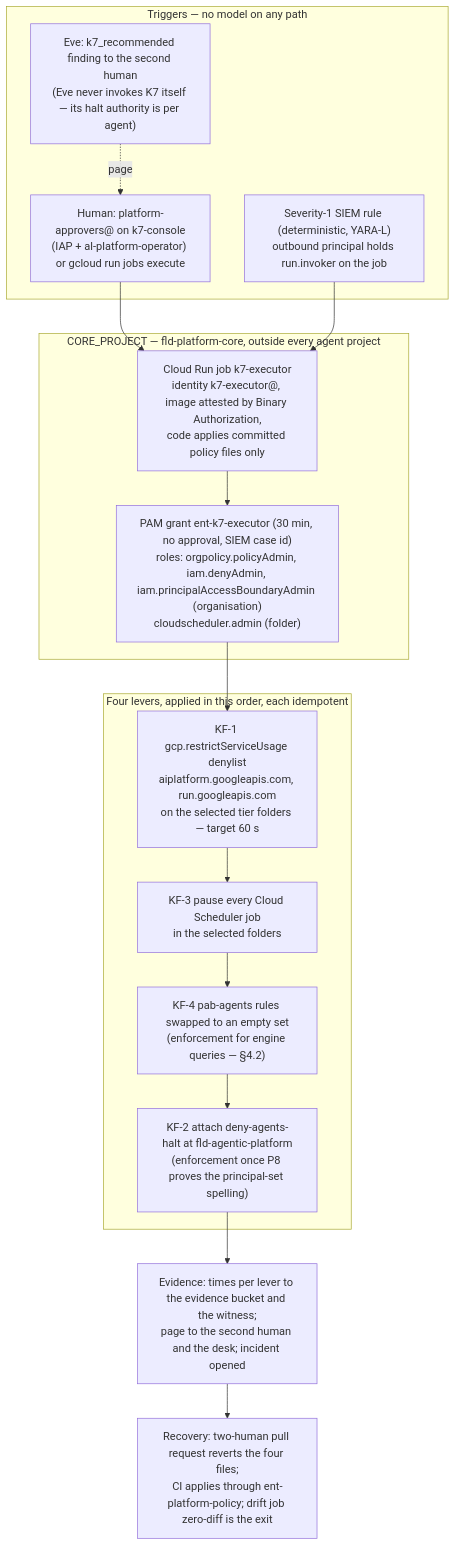
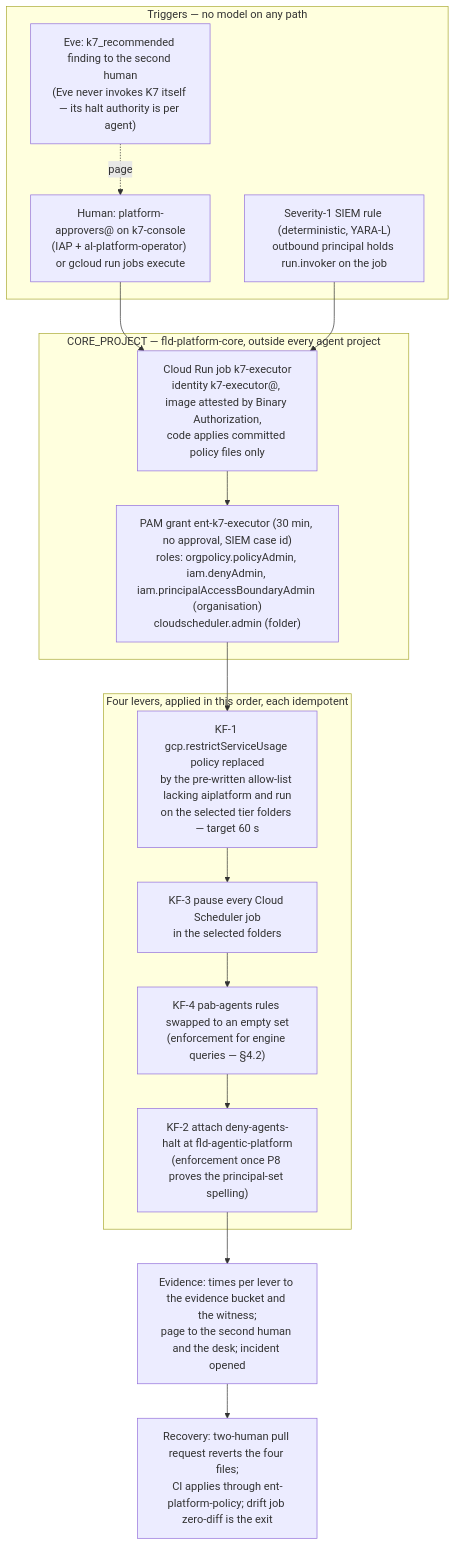
One commit to jsbdfgidsfg/agentic-platform changed the second of 2 diagrams in platform/agentic-platform/04-identity-and-privileged-access.md. Above: the diagram before and after it, drawn with Mermaid. The commit also changed other lines of this file and 12 other files, not shown here.

````diff
--- a/platform/agentic-platform/04-identity-and-privileged-access.md
+++ b/platform/agentic-platform/04-identity-and-privileged-access.md
@@ -644,24 +649,24 @@
 ```mermaid
 flowchart TB
     subgraph TRIG["Triggers — no model on any path"]
         H1["Human: platform-approvers@ on k7-console<br/>(IAP + al-platform-operator) or gcloud run jobs execute"]
         S1["Severity-1 SIEM rule (deterministic, YARA-L)<br/>outbound principal holds run.invoker on the job"]
         E1["Eve: k7_recommended finding to the second human<br/>(Eve never invokes K7 itself — its halt authority is per agent)"]
     end
     subgraph CORE["CORE_PROJECT — fld-platform-core, outside every agent project"]
         J["Cloud Run job k7-executor<br/>identity k7-executor@, image attested by Binary Authorization,<br/>code applies committed policy files only"]
         PAM["PAM grant ent-k7-executor (30 min, no approval, SIEM case id)<br/>roles: orgpolicy.policyAdmin, iam.denyAdmin, iam.principalAccessBoundaryAdmin (organisation)<br/>cloudscheduler.admin (folder)"]
     end
     subgraph LEVERS["Four levers, applied in this order, each idempotent"]
-        KF1["KF-1 gcp.restrictServiceUsage denylist<br/>aiplatform.googleapis.com, run.googleapis.com<br/>on the selected tier folders — target 60 s"]
+        KF1["KF-1 gcp.restrictServiceUsage policy replaced<br/>by the pre-written allow-list lacking aiplatform and run<br/>on the selected tier folders — target 60 s"]
         KF3["KF-3 pause every Cloud Scheduler job<br/>in the selected folders"]
         KF4["KF-4 pab-agents rules swapped to an empty set<br/>(enforcement for engine queries — §4.2)"]
         KF2["KF-2 attach deny-agents-halt at fld-agentic-platform<br/>(enforcement once P8 proves the principal-set spelling)"]
     end
     H1 --> J
     S1 --> J
     E1 -. "page" .-> H1
     J --> PAM --> KF1 --> KF3 --> KF4 --> KF2
     KF2 --> EV["Evidence: times per lever to the evidence bucket and the witness;<br/>page to the second human and the desk; incident opened"]
     EV --> REC["Recovery: two-human pull request reverts the four files;<br/>CI applies through ent-platform-policy; drift job zero-diff is the exit"]
 ```
````
